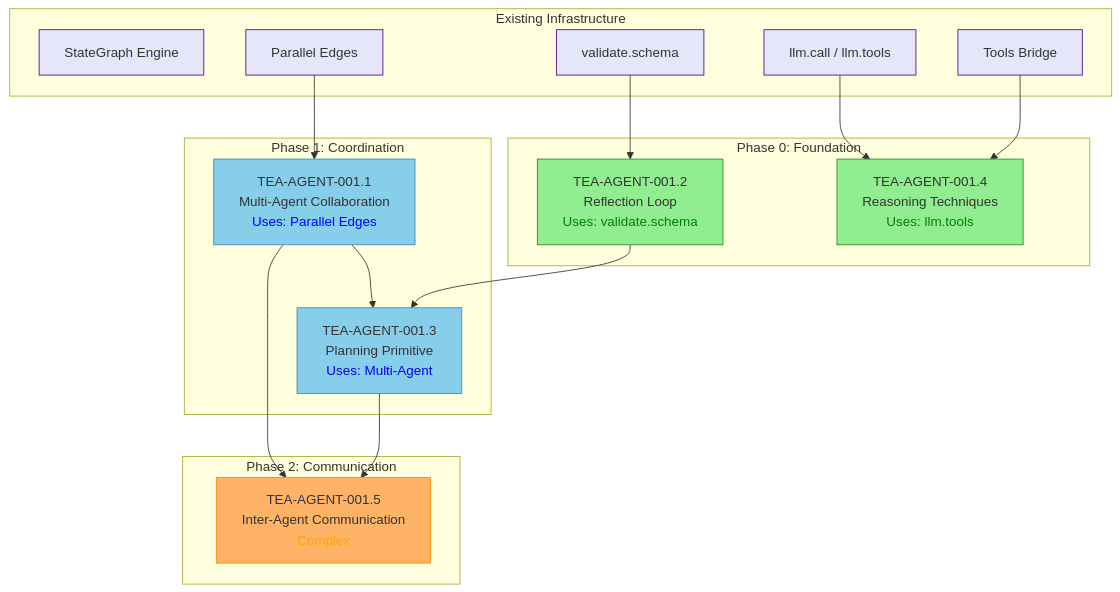
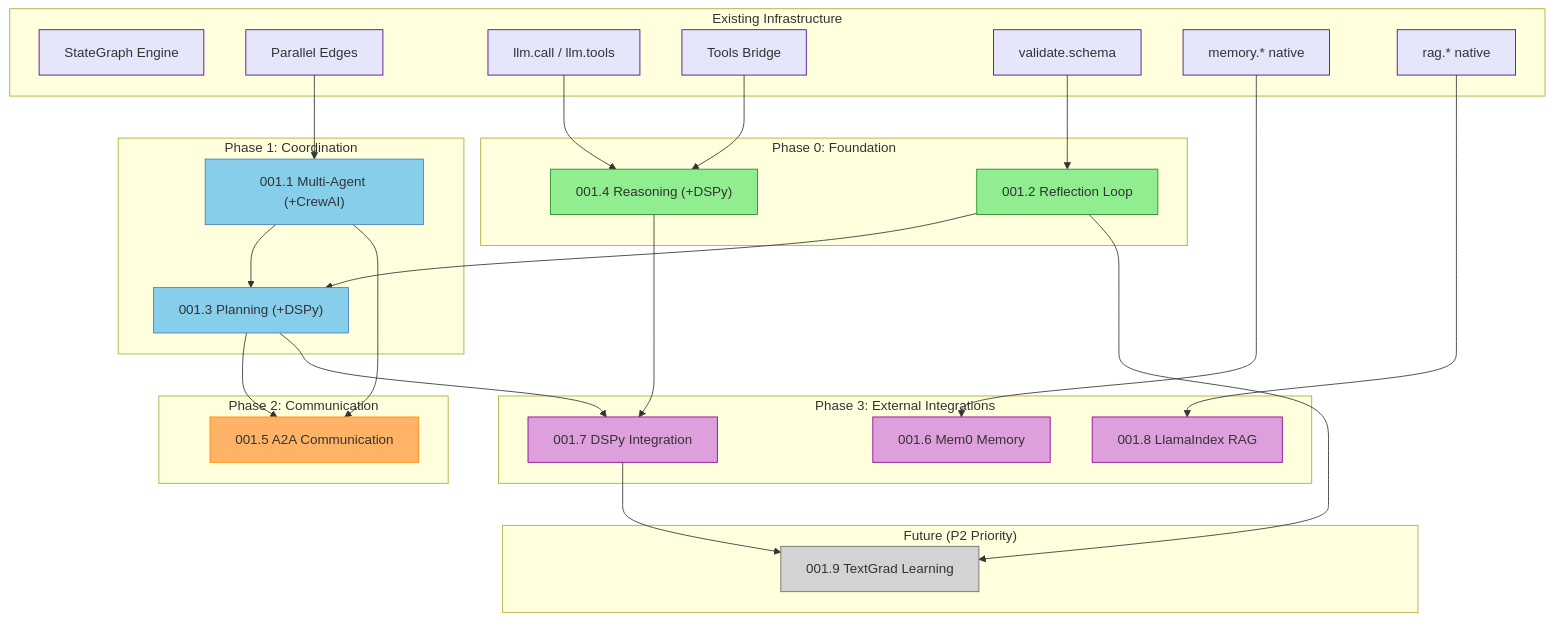
One commit to fabceolin/the_edge_agent changed the diagram in docs/stories/TEA-AGENT-001-agentic-design-patterns-epic.md. Above: the diagram before and after it, drawn with Mermaid. The commit also changed other lines of this file and 23 other files, not shown here.

````diff
--- a/docs/stories/TEA-AGENT-001-agentic-design-patterns-epic.md
+++ b/docs/stories/TEA-AGENT-001-agentic-design-patterns-epic.md
@@ -397,45 +589,69 @@
 ```mermaid
 flowchart TD
     subgraph EXISTING["Existing Infrastructure"]
         SG[StateGraph Engine]
         PE[Parallel Edges]
         LLM[llm.call / llm.tools]
         TB[Tools Bridge]
         VAL[validate.schema]
+        MEM[memory.* native]
+        RAG[rag.* native]
     end
 
     subgraph P0["Phase 0: Foundation"]
-        S2["TEA-AGENT-001.2<br/>Reflection Loop<br/><span style='color:green'>Uses: validate.schema</span>"]
-        S4["TEA-AGENT-001.4<br/>Reasoning Techniques<br/><span style='color:green'>Uses: llm.tools</span>"]
+        S2["001.2 Reflection Loop"]
+        S4["001.4 Reasoning (+DSPy)"]
     end
 
     subgraph P1["Phase 1: Coordination"]
-        S1["TEA-AGENT-001.1<br/>Multi-Agent Collaboration<br/><span style='color:blue'>Uses: Parallel Edges</span>"]
-        S3["TEA-AGENT-001.3<br/>Planning Primitive<br/><span style='color:blue'>Uses: Multi-Agent</span>"]
+        S1["001.1 Multi-Agent (+CrewAI)"]
+        S3["001.3 Planning (+DSPy)"]
     end
 
     subgraph P2["Phase 2: Communication"]
-        S5["TEA-AGENT-001.5<br/>Inter-Agent Communication<br/><span style='color:orange'>Complex</span>"]
+        S5["001.5 A2A Communication"]
+    end
+
+    subgraph P3["Phase 3: External Integrations"]
+        S6["001.6 Mem0 Memory"]
+        S7["001.7 DSPy Integration"]
+        S8["001.8 LlamaIndex RAG"]
+    end
+
+    subgraph FUTURE["Future (P2 Priority)"]
+        S9["001.9 TextGrad Learning"]
     end
 
     VAL --> S2
     LLM --> S4
     TB --> S4
 
     PE --> S1
     S1 --> S3
     S2 --> S3
 
     S1 --> S5
     S3 --> S5
 
+    MEM --> S6
+    S4 --> S7
+    S3 --> S7
+    RAG --> S8
+
+    S7 --> S9
+    S2 --> S9
+
     classDef existing fill:#E6E6FA,stroke:#4B0082
     classDef p0 fill:#90EE90,stroke:#228B22
     classDef p1 fill:#87CEEB,stroke:#4682B4
     classDef p2 fill:#FFB366,stroke:#FF8C00
+    classDef p3 fill:#DDA0DD,stroke:#8B008B
+    classDef future fill:#D3D3D3,stroke:#696969
 
-    class SG,PE,LLM,TB,VAL existing
+    class SG,PE,LLM,TB,VAL,MEM,RAG existing
     class S2,S4 p0
     class S1,S3 p1
     class S5 p2
+    class S6,S7,S8 p3
+    class S9 future
 ```
````
